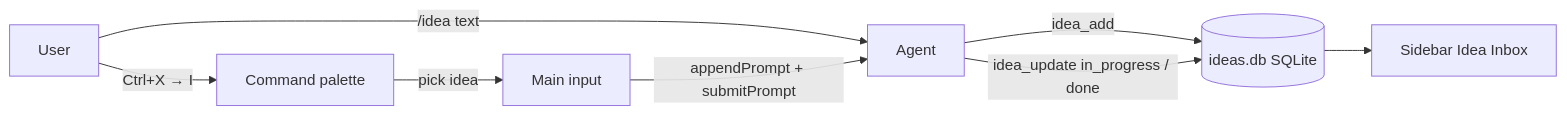
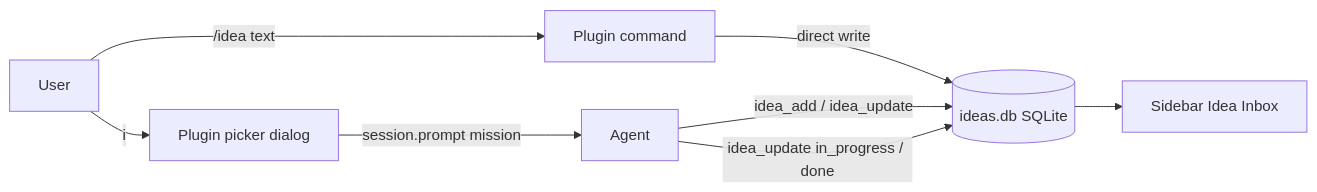
The diagram in README.md (apilot/opencode-idea-inbox), drawn with Mermaid before and after one commit. The commit also changed other lines of this file and 13 other files, not shown here.

````diff
--- a/README.md
+++ b/README.md
@@ -138,10 +154,10 @@
 ```mermaid
 flowchart LR
-    U[User] -- "/idea text" --> AG[Agent]
-    AG -- "idea_add" --> DB[(ideas.db SQLite)]
-    U -- "Ctrl+X → I" --> PAL[Command palette]
-    PAL -- "pick idea" --> INP[Main input]
-    INP -- "appendPrompt + submitPrompt" --> AG
+    U[User] -- "/idea text" --> CMD[Plugin command]
+    CMD -- "direct write" --> DB[(ideas.db SQLite)]
+    AG[Agent] -- "idea_add / idea_update" --> DB
+    U -- "<leader>i" --> PICK[Plugin picker dialog]
+    PICK -- "session.prompt mission" --> AG
     AG -- "idea_update in_progress / done" --> DB
     DB --> SB[Sidebar Idea Inbox]
 ```
````
